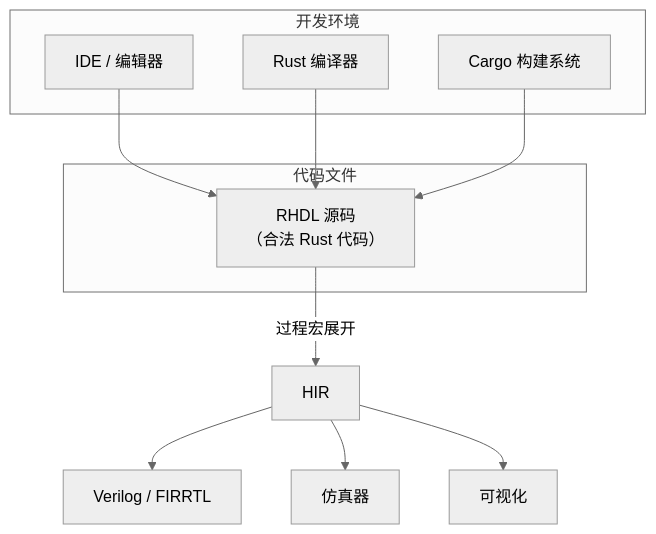
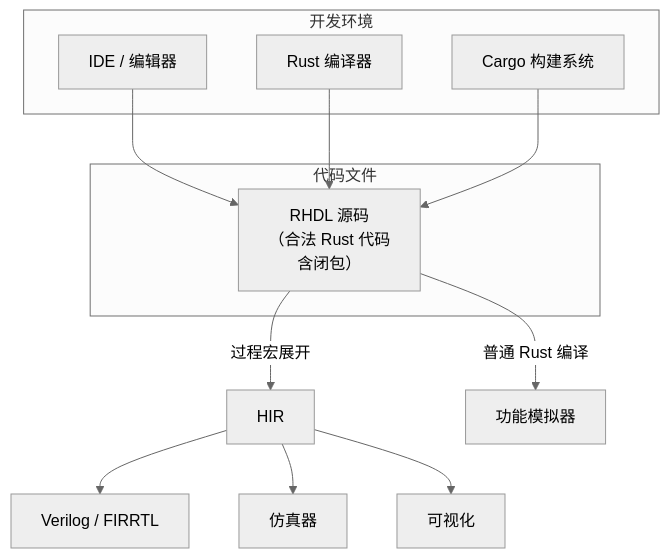
The second of 13 diagrams in docs/requirements/3. 核心设计原则.md (TangCan/bitloom), drawn with Mermaid (neutral theme) before and after one commit. The commit also changed other lines of this file and 17 other files, not shown here.

````diff
--- a/docs/requirements/3. 核心设计原则.md
+++ b/docs/requirements/3. 核心设计原则.md
@@ -56,22 +61,22 @@
 ```mermaid
 flowchart TB
     subgraph 开发环境
         A[IDE / 编辑器]
         B[Rust 编译器]
         C[Cargo 构建系统]
     end
 
     subgraph 代码文件
-        D[RHDL 源码<br>（合法 Rust 代码）]
+        D[RHDL 源码<br>（合法 Rust 代码<br>含闭包）]
     end
 
     A --> D
     B --> D
     C --> D
 
     D -->|过程宏展开| E[HIR]
-    E --> F[Verilog / FIRRTL]
-    E --> G[仿真器]
-    E --> H[可视化]
-
+    D -->|普通 Rust 编译| F[功能模拟器]
+    E --> G[Verilog / FIRRTL]
+    E --> H[仿真器]
+    E --> I[可视化]
 ```
````
